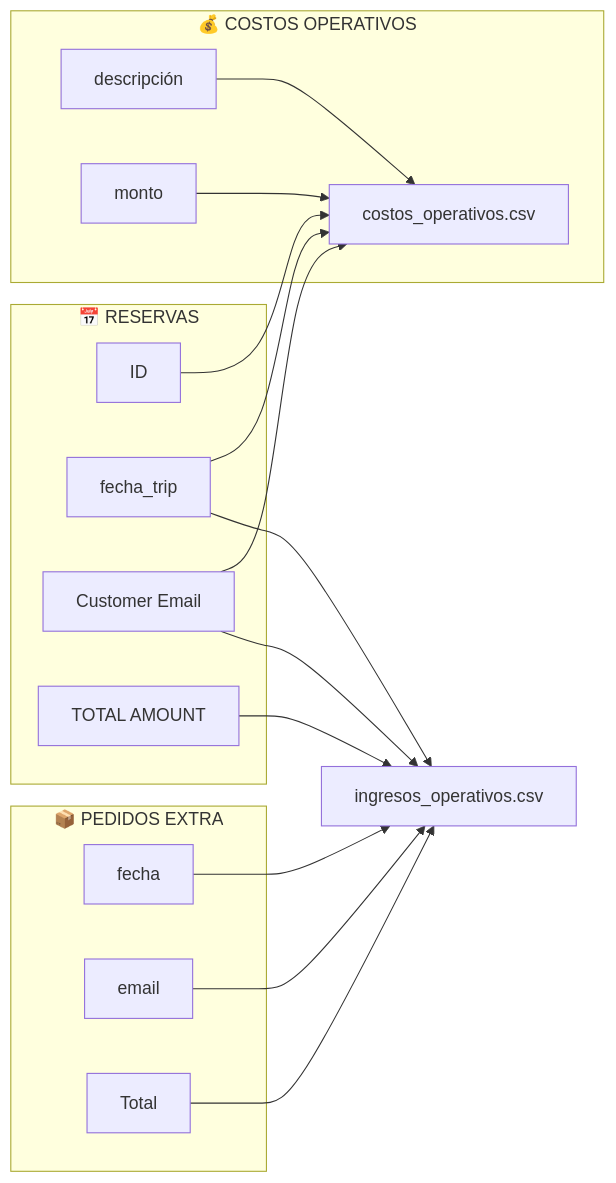
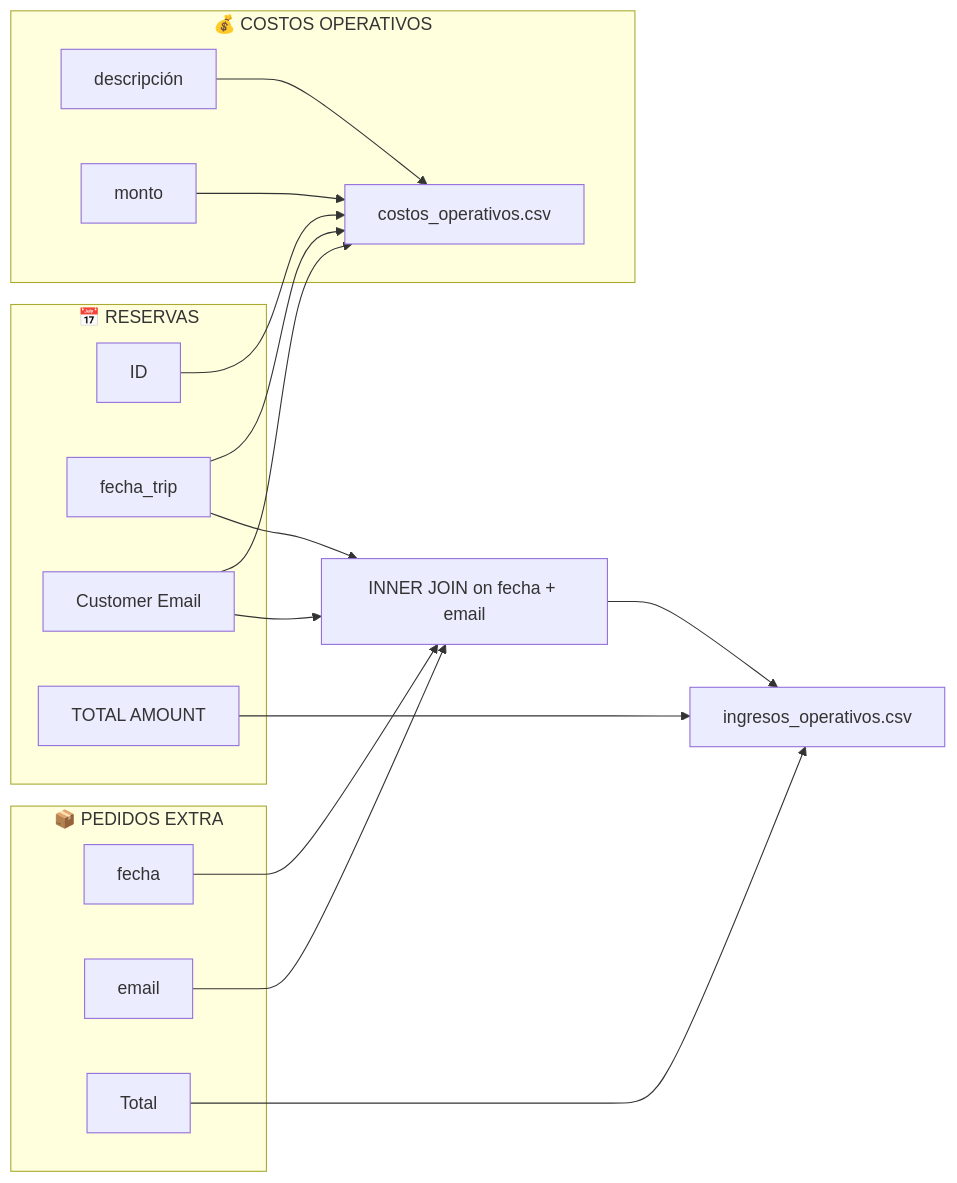
The fourth of 6 diagrams in DIAGRAMA_FLUJO_DATOS.md (hotboat123/hotboat-dashboard), drawn with Mermaid before and after one commit. The commit also changed other lines of this file and 12 other files, not shown here.

````diff
--- a/DIAGRAMA_FLUJO_DATOS.md
+++ b/DIAGRAMA_FLUJO_DATOS.md
@@ -157,34 +158,36 @@
 ```mermaid
 graph LR
     subgraph "📅 RESERVAS"
         R1[ID]
         R2[fecha_trip]
         R3[Customer Email]
         R4[TOTAL AMOUNT]
     end
     
     subgraph "📦 PEDIDOS EXTRA"
         PE1[fecha]
         PE2[email]
         PE3[Total]
     end
     
     subgraph "💰 COSTOS OPERATIVOS"
         CO1[id_reserva]
         CO2[descripción]
         CO3[monto]
     end
     
     R1 --> CO1[costos_operativos.csv]
     R2 --> CO1
     R3 --> CO1
     CO2 --> CO1
     CO3 --> CO1
     
-    R2 --> I1[ingresos_operativos.csv]
-    R3 --> I1
+    R2 --> M1[INNER JOIN on fecha + email]
+    R3 --> M1
+    PE1 --> M1
+    PE2 --> M1
+    
+    M1 --> I1[ingresos_operativos.csv]
     R4 --> I1
-    PE1 --> I1
-    PE2 --> I1
     PE3 --> I1
 ```
````
